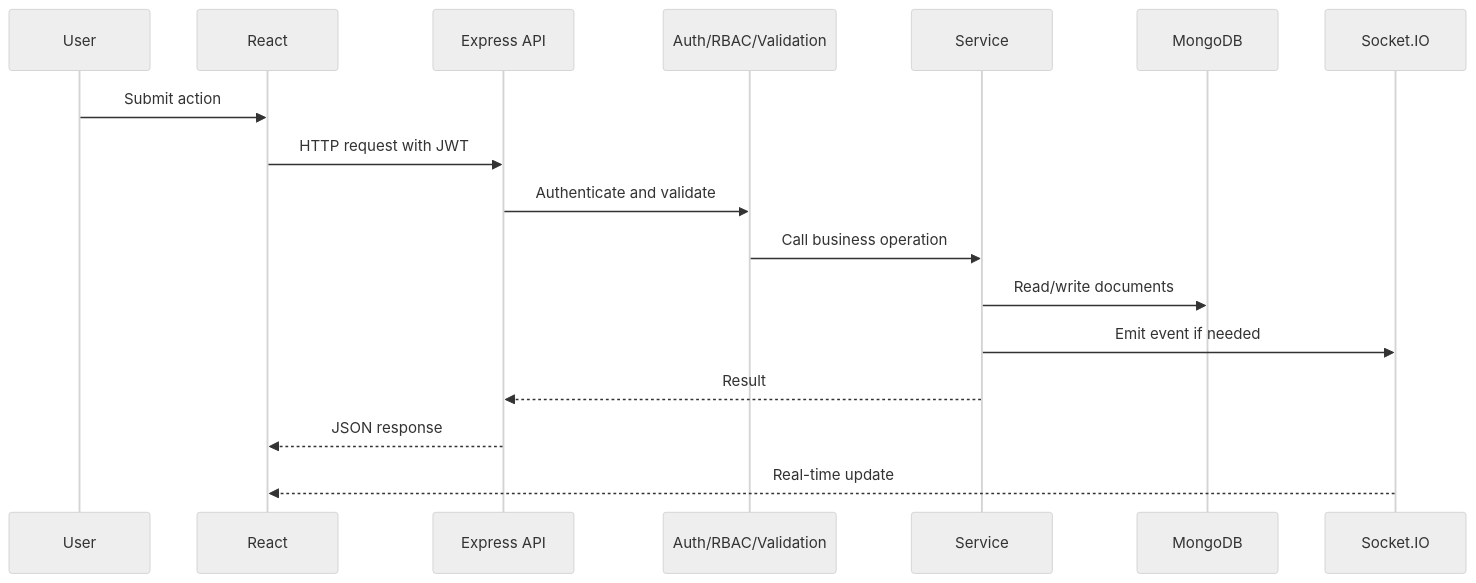
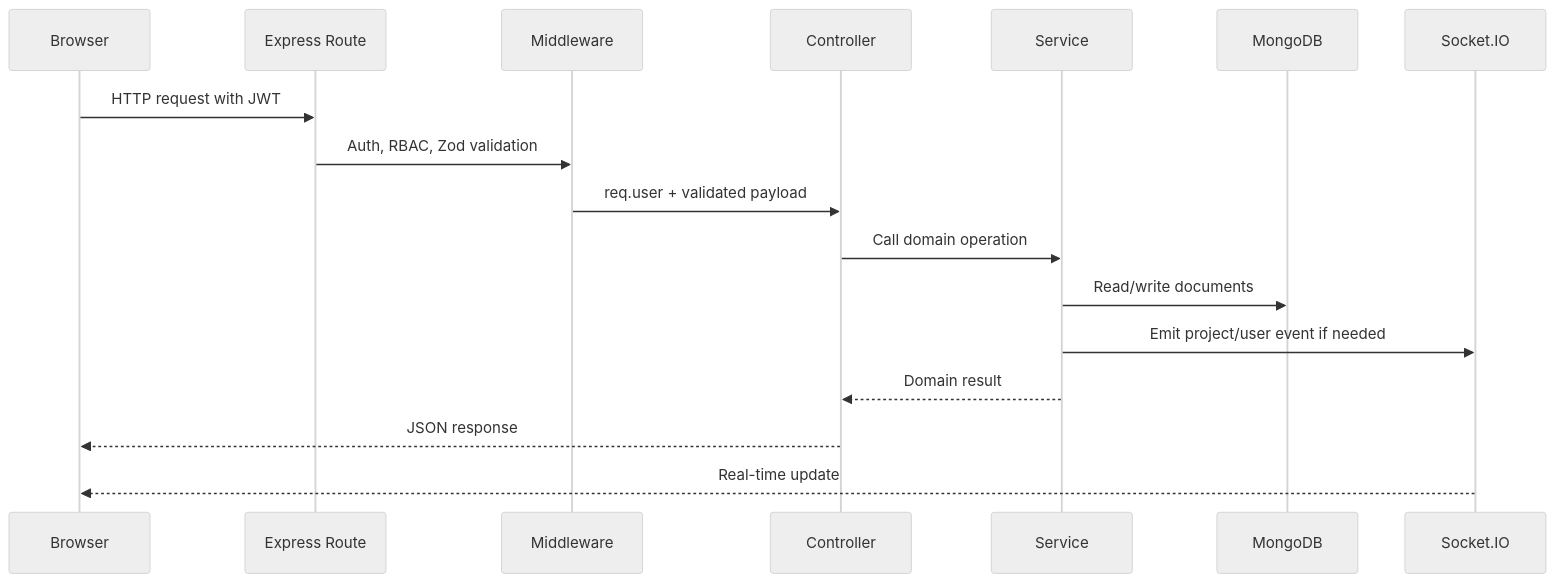
Before and after one commit to ashwanibaghel/WorkOS: the third of 6 diagrams in docs/HLD.md, drawn with Mermaid (neutral theme). The commit also changed other lines of this file and 3 other files, not shown here.

````diff
--- a/docs/HLD.md
+++ b/docs/HLD.md
@@ -74,20 +114,20 @@
 ```mermaid
 sequenceDiagram
-  participant User
-  participant React
-  participant API as Express API
-  participant Auth as Auth/RBAC/Validation
+  participant Browser
+  participant API as Express Route
+  participant Middleware
+  participant Controller
   participant Service
   participant DB as MongoDB
   participant Socket as Socket.IO
 
-  User->>React: Submit action
-  React->>API: HTTP request with JWT
-  API->>Auth: Authenticate and validate
-  Auth->>Service: Call business operation
+  Browser->>API: HTTP request with JWT
+  API->>Middleware: Auth, RBAC, Zod validation
+  Middleware->>Controller: req.user + validated payload
+  Controller->>Service: Call domain operation
   Service->>DB: Read/write documents
-  Service->>Socket: Emit event if needed
-  Service-->>API: Result
-  API-->>React: JSON response
-  Socket-->>React: Real-time update
+  Service->>Socket: Emit project/user event if needed
+  Service-->>Controller: Domain result
+  Controller-->>Browser: JSON response
+  Socket-->>Browser: Real-time update
 ```
````
